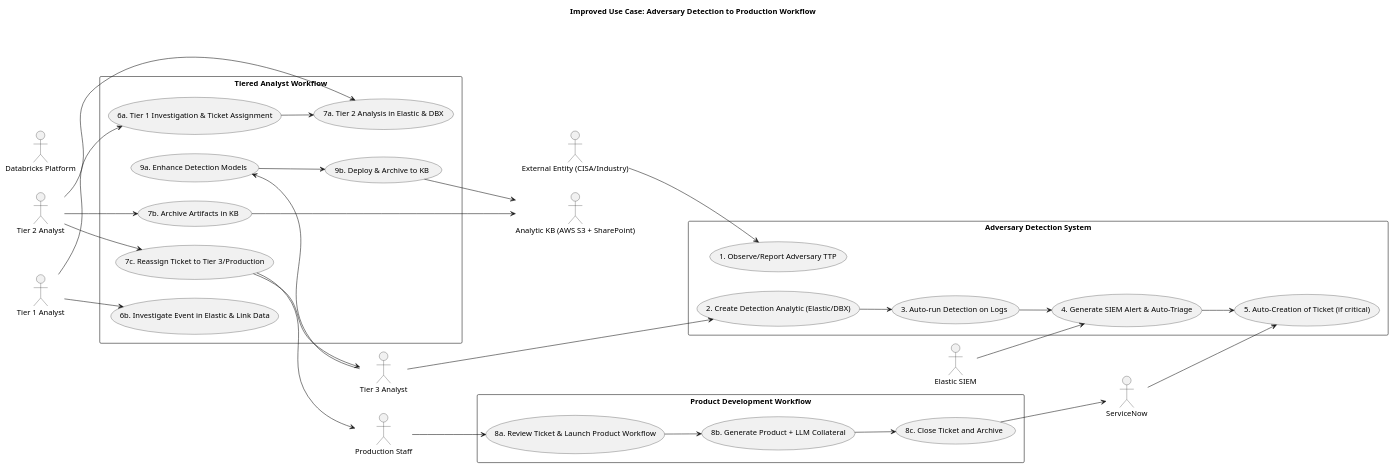
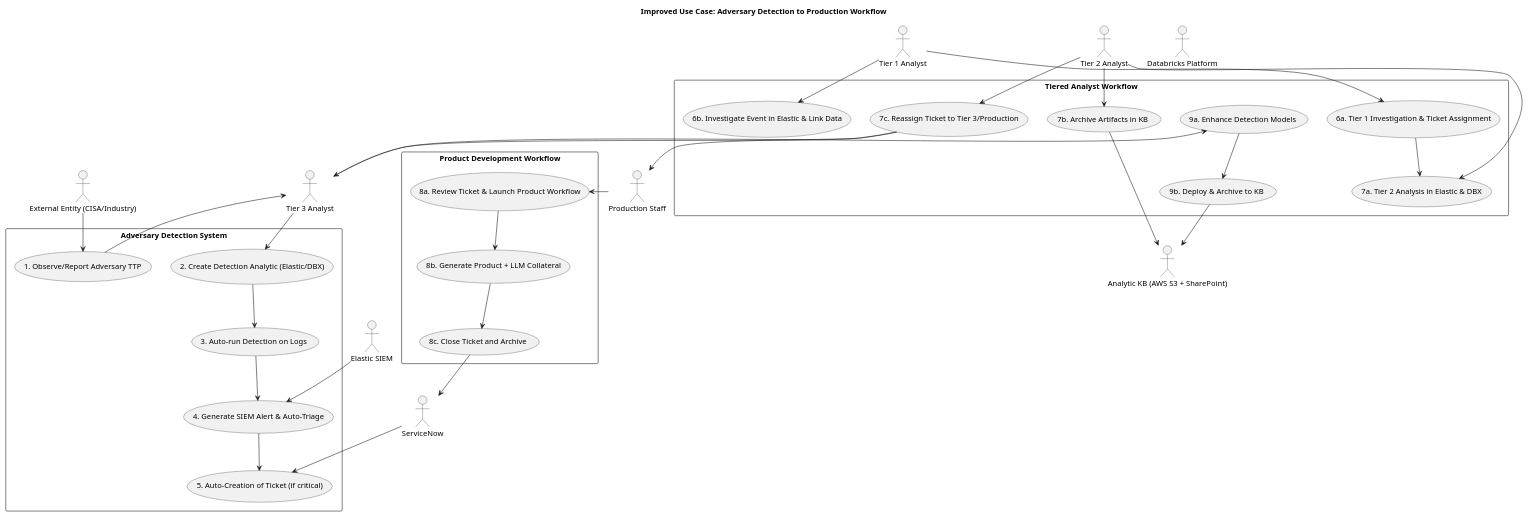
Before and after one commit to drkiettran/use_cases_and_workflow_2025: the diagram in src/main/resources/cisa_use_cases_and_workflows_2025/uc_1_persistent_hunt_v2/uc_1_use_case_diagram.plantuml, drawn with PlantUML. The commit also changed 17 other files, not shown here.

```diff
--- a/src/main/resources/cisa_use_cases_and_workflows_2025/uc_1_persistent_hunt_v2/uc_1_use_case_diagram.plantuml
+++ b/src/main/resources/cisa_use_cases_and_workflows_2025/uc_1_persistent_hunt_v2/uc_1_use_case_diagram.plantuml
@@ -1,69 +1,70 @@
 @startuml
 	title Improved Use Case: Adversary Detection to Production Workflow
-	left to right direction
+	'left to right direction
 	
 	actor "External Entity (CISA/Industry)" as External
 	actor "Tier 3 Analyst" as T3
 	actor "Tier 2 Analyst" as T2
 	actor "Tier 1 Analyst" as T1
 	actor "Production Staff" as Prod
 	actor "Elastic SIEM" as Elastic
 	actor "Databricks Platform" as DBX
 	actor "ServiceNow" as SN
 	actor "Analytic KB (AWS S3 + SharePoint)" as KB
 	
 	rectangle "Adversary Detection System" {
 	    usecase "1. Observe/Report Adversary TTP" as UC1
 	    usecase "2. Create Detection Analytic (Elastic/DBX)" as UC2
 	    usecase "3. Auto-run Detection on Logs" as UC3
 	    usecase "4. Generate SIEM Alert & Auto-Triage" as UC4
 	    usecase "5. Auto-Creation of Ticket (if critical)" as UC5
 	}
 	
 	rectangle "Tiered Analyst Workflow" {
 	    usecase "6a. Tier 1 Investigation & Ticket Assignment" as UC6a
 	    usecase "6b. Investigate Event in Elastic & Link Data" as UC6b
 	
 	    usecase "7a. Tier 2 Analysis in Elastic & DBX" as UC7a
 	    usecase "7b. Archive Artifacts in KB" as UC7b
 	    usecase "7c. Reassign Ticket to Tier 3/Production" as UC7c
 	
 	    usecase "9a. Enhance Detection Models" as UC9a
 	    usecase "9b. Deploy & Archive to KB" as UC9b
 	}
 	
 	rectangle "Product Development Workflow" {
 	    usecase "8a. Review Ticket & Launch Product Workflow" as UC8a
 	    usecase "8b. Generate Product + LLM Collateral" as UC8b
 	    usecase "8c. Close Ticket and Archive" as UC8c
 	}
 	
 	' Relationships
 	External --> UC1
+	UC1 --> T3
 	T3 --> UC2
 	UC2 --> UC3
 	UC3 --> UC4
 	Elastic --> UC4
 	UC4 --> UC5
 	SN --> UC5
 	
 	T1 --> UC6a
 	T1 --> UC6b
 	UC6a --> UC7a
 	T2 --> UC7a
 	T2 --> UC7b
 	T2 --> UC7c
 	UC7b --> KB
 	UC7c --> T3
 	UC7c --> Prod
 	
 	Prod --> UC8a
 	UC8a --> UC8b
 	UC8b --> UC8c
 	UC8c --> SN
 	
 	T3 --> UC9a
 	UC9a --> UC9b
 	UC9b --> KB
 
 @enduml
```
